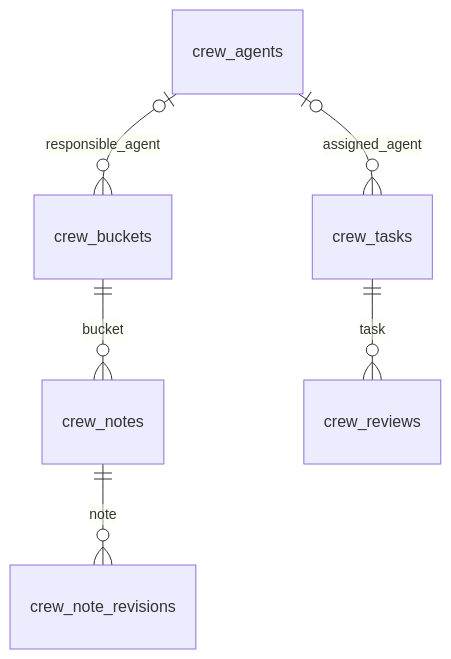
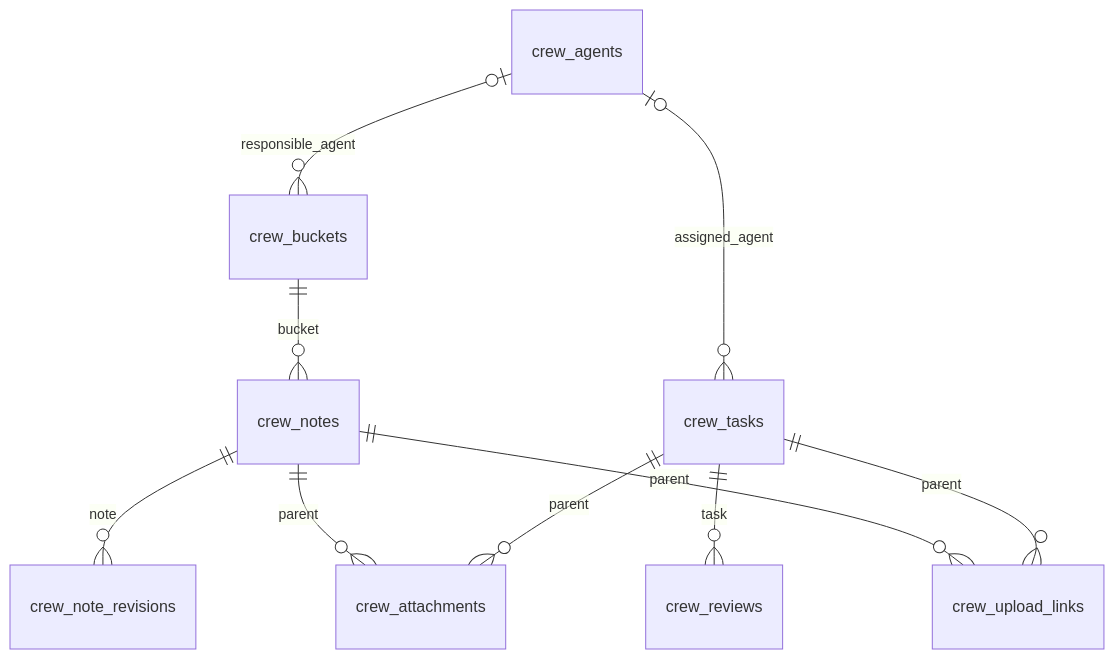
The diagram in docs/data-model.md (pocketcontext-labs/pocketcontext-crew), drawn with Mermaid before and after one commit. The commit also changed other lines of this file and 6 other files, not shown here.

````diff
--- a/docs/data-model.md
+++ b/docs/data-model.md
@@ -7,8 +7,12 @@
 ```mermaid
 erDiagram
   crew_agents o|--o{ crew_buckets : responsible_agent
   crew_buckets ||--o{ crew_notes : bucket
   crew_notes ||--o{ crew_note_revisions : note
   crew_agents o|--o{ crew_tasks : assigned_agent
   crew_tasks ||--o{ crew_reviews : task
+  crew_tasks ||--o{ crew_attachments : parent
+  crew_notes ||--o{ crew_attachments : parent
+  crew_tasks ||--o{ crew_upload_links : parent
+  crew_notes ||--o{ crew_upload_links : parent
 ```
````
